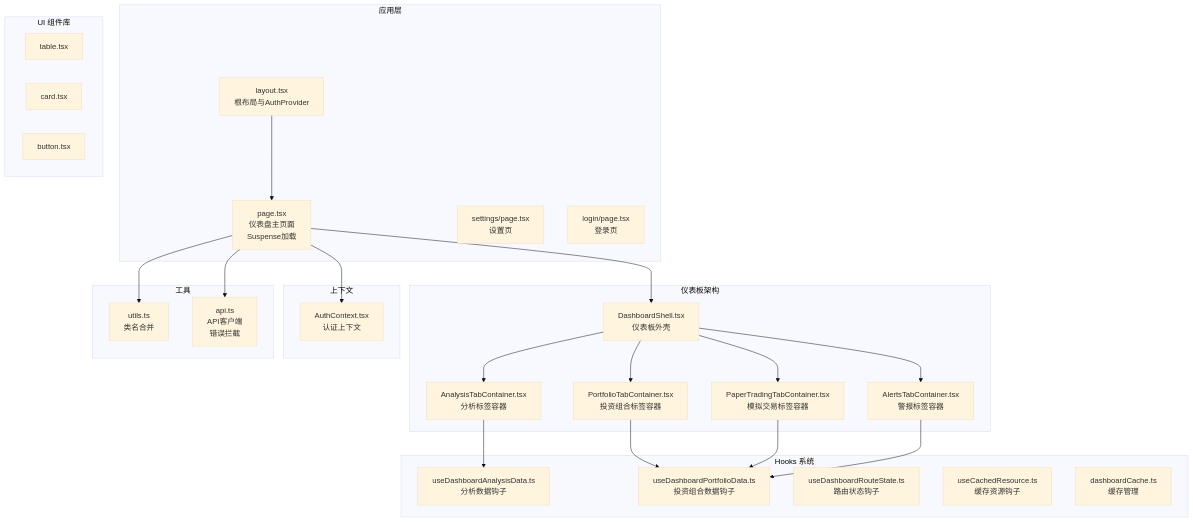
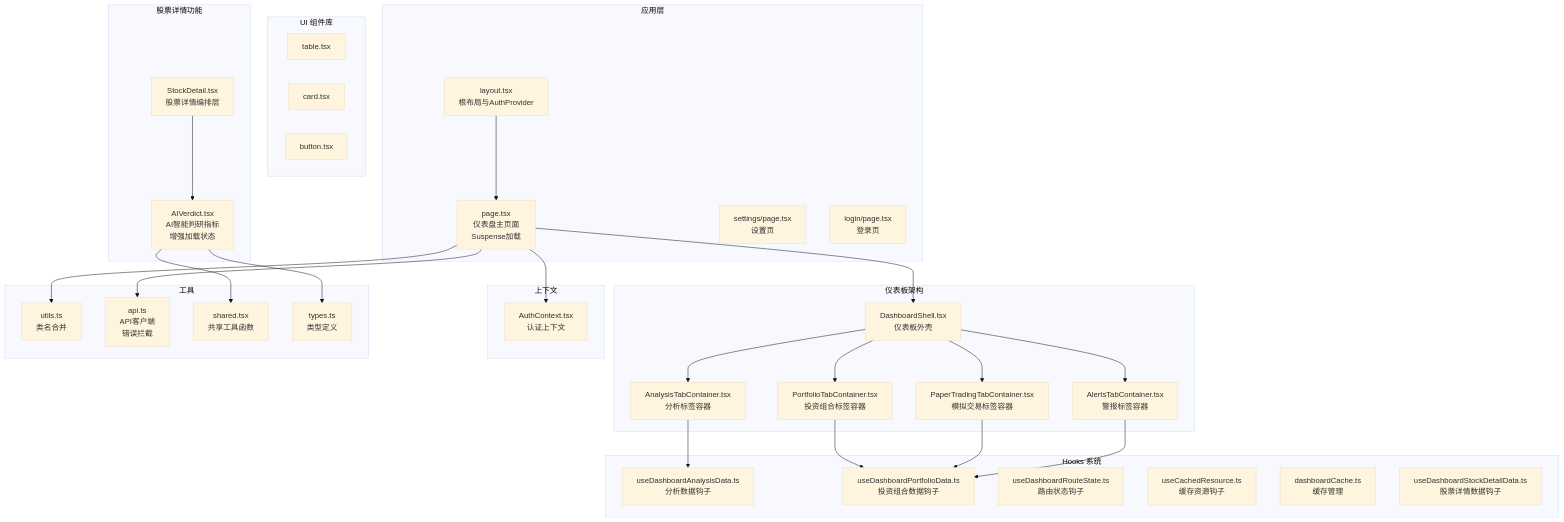
The first of 15 diagrams in .qoder/repowiki/zh/content/投资组合管理/前端集成与展示/前端集成与展示.md (breeze-lyf/ai-stock-advisor), drawn with Mermaid (base theme) before and after one commit. The commit also changed other lines of this file and 43 other files, not shown here.

Commit message:
feat: Enhance AI analysis service, update market data providers, and refactor stock detail UI with new analysis components.

````diff
--- a/.qoder/repowiki/zh/content/投资组合管理/前端集成与展示/前端集成与展示.md
+++ b/.qoder/repowiki/zh/content/投资组合管理/前端集成与展示/前端集成与展示.md
@@ -60,48 +66,58 @@
 ```mermaid
 graph TB
 subgraph "应用层"
 L["layout.tsx<br/>根布局与AuthProvider"]
 H["page.tsx<br/>仪表盘主页面<br/>Suspense加载"]
 S["settings/page.tsx<br/>设置页"]
 R["login/page.tsx<br/>登录页"]
 end
 subgraph "仪表板架构"
 DS["DashboardShell.tsx<br/>仪表板外壳"]
 ATC["AnalysisTabContainer.tsx<br/>分析标签容器"]
 PTC["PortfolioTabContainer.tsx<br/>投资组合标签容器"]
 PTC2["PaperTradingTabContainer.tsx<br/>模拟交易标签容器"]
 ATC2["AlertsTabContainer.tsx<br/>警报标签容器"]
 end
 subgraph "Hooks 系统"
 UDA["useDashboardAnalysisData.ts<br/>分析数据钩子"]
 UDP["useDashboardPortfolioData.ts<br/>投资组合数据钩子"]
 UDRS["useDashboardRouteState.ts<br/>路由状态钩子"]
 UCR["useCachedResource.ts<br/>缓存资源钩子"]
 DC["dashboardCache.ts<br/>缓存管理"]
+UDSD["useDashboardStockDetailData.ts<br/>股票详情数据钩子"]
 end
 subgraph "上下文"
 A["AuthContext.tsx<br/>认证上下文"]
 end
 subgraph "UI 组件库"
 T["table.tsx"]
 C["card.tsx"]
 B["button.tsx"]
 end
 subgraph "工具"
 U["utils.ts<br/>类名合并"]
 API["api.ts<br/>API客户端<br/>错误拦截"]
+SH["shared.tsx<br/>共享工具函数"]
+TY["types.ts<br/>类型定义"]
+end
+subgraph "股票详情功能"
+SD["StockDetail.tsx<br/>股票详情编排层"]
+AV["AIVerdict.tsx<br/>AI智能判研指标<br/>增强加载状态"]
 end
 L --> H
 H --> DS
 DS --> ATC
 DS --> PTC
 DS --> PTC2
 DS --> ATC2
 ATC --> UDA
 PTC --> UDP
 PTC2 --> UDP
 ATC2 --> UDP
 H --> A
 H --> U
 H --> API
+SD --> AV
+AV --> SH
+AV --> TY
 ```
````
